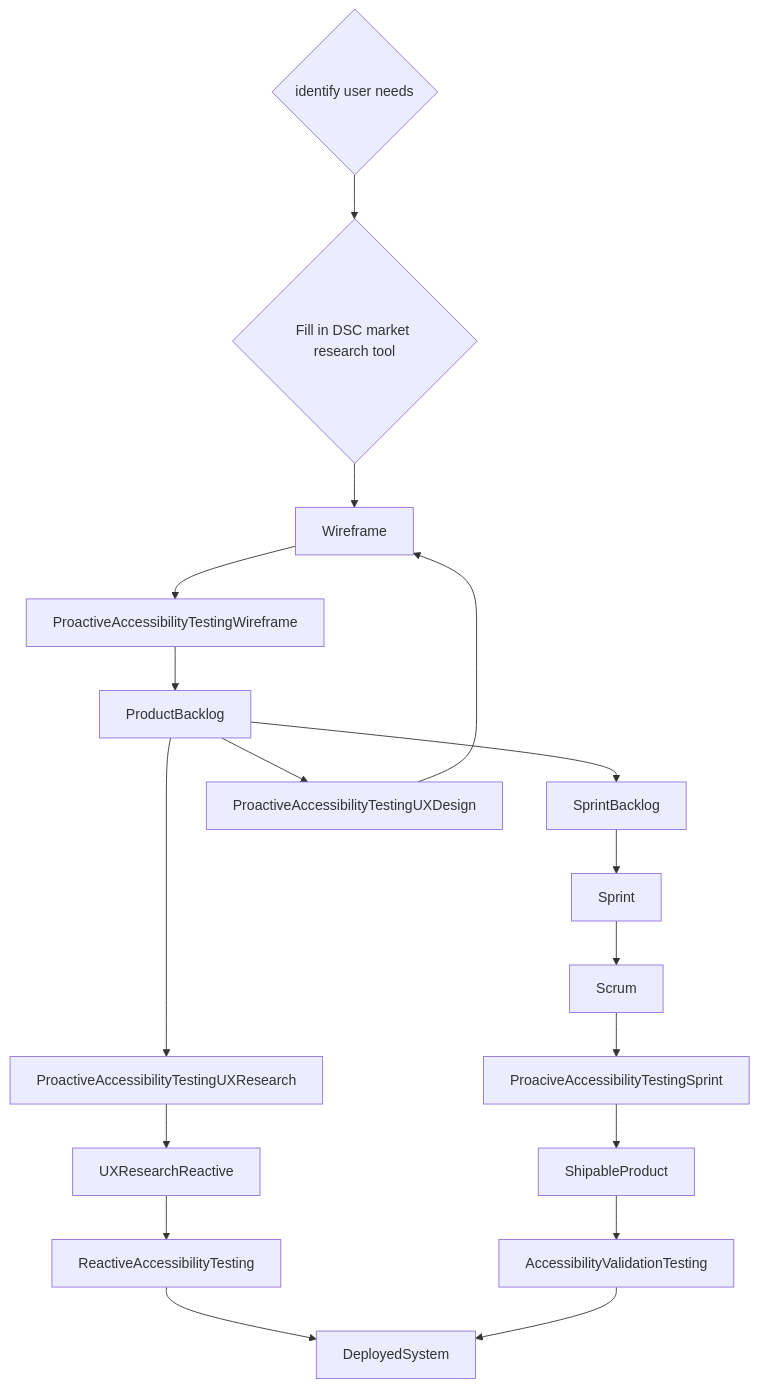
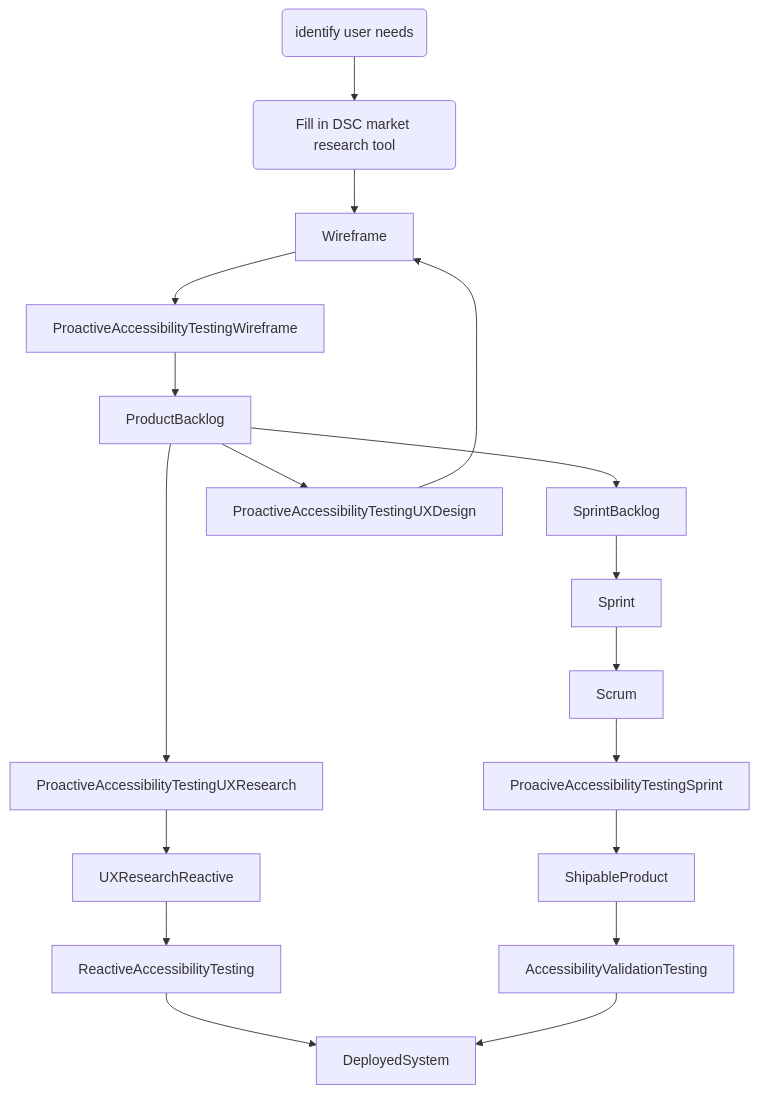
Before and after one commit to mgifford/mermaid-graphs: the diagram in dsc-decision-tree.md, drawn with Mermaid.

````diff
--- a/dsc-decision-tree.md
+++ b/dsc-decision-tree.md
@@ -17,20 +17,20 @@
 ```mermaid
 graph TD
-    UserNeeds{identify user needs}-->DSC_MR{Fill in DSC market research tool};
-    DSC_MR{Fill in DSC market research tool}-->Wireframe;
+    UserNeeds(identify user needs)-->DSC_MR(Fill in DSC market research tool);
+    DSC_MR-->Wireframe;
     Wireframe-->ProactiveAccessibilityTestingWireframe;
     ProactiveAccessibilityTestingWireframe-->ProductBacklog;
     ProductBacklog-->SprintBacklog;
     ProductBacklog-->ProactiveAccessibilityTestingUXDesign;
     ProductBacklog-->ProactiveAccessibilityTestingUXResearch;
     ProactiveAccessibilityTestingUXDesign-->Wireframe;
     ProactiveAccessibilityTestingUXResearch-->UXResearchReactive;
     UXResearchReactive-->ReactiveAccessibilityTesting;
     ReactiveAccessibilityTesting-->DeployedSystem;
     SprintBacklog-->Sprint;
     Sprint-->Scrum;
     Scrum-->ProaciveAccessibilityTestingSprint;
     ProaciveAccessibilityTestingSprint-->ShipableProduct;
     ShipableProduct-->AccessibilityValidationTesting;
     AccessibilityValidationTesting-->DeployedSystem;
 ```
````
